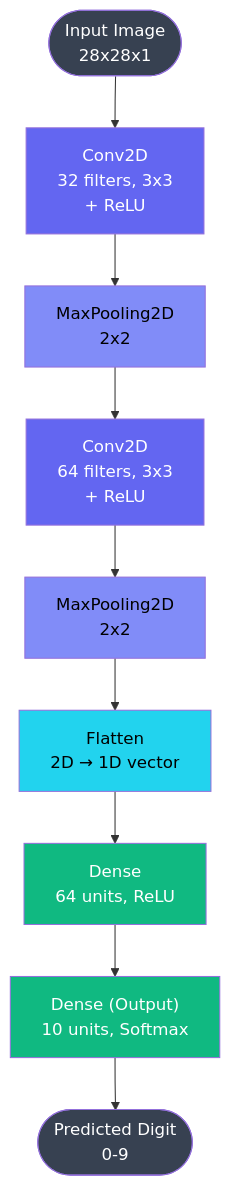
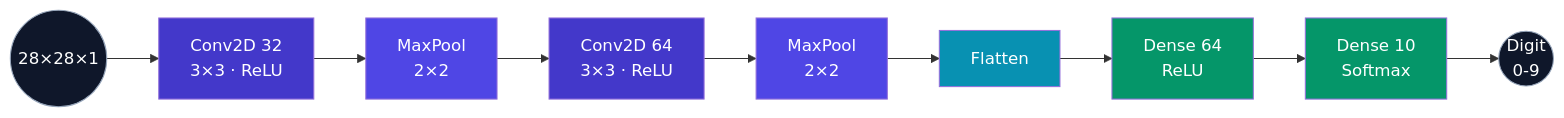
Before and after one commit to iamkrishna27/CodeAlpha_Handwritten_Character_Recognition: the second of 2 diagrams in README.md, drawn with Mermaid. The commit also changed other lines of this file, not shown here.

Commit message:
Update project workflow and model diagrams in README

````diff
--- a/README.md
+++ b/README.md
@@ -59,21 +73,21 @@
 ```mermaid
-flowchart TD
-    Input(["Input Image<br/>28x28x1"]) --> Conv1["Conv2D<br/>32 filters, 3x3<br/>+ ReLU"]
-    Conv1 --> Pool1["MaxPooling2D<br/>2x2"]
-    Pool1 --> Conv2["Conv2D<br/>64 filters, 3x3<br/>+ ReLU"]
-    Conv2 --> Pool2["MaxPooling2D<br/>2x2"]
-    Pool2 --> Flat["Flatten<br/>2D → 1D vector"]
-    Flat --> Dense1["Dense<br/>64 units, ReLU"]
-    Dense1 --> Dense2["Dense (Output)<br/>10 units, Softmax"]
-    Dense2 --> Output(["Predicted Digit<br/>0-9"])
+graph LR
+    I(("28×28×1")) --> C1["Conv2D 32<br/>3×3 · ReLU"]
+    C1 --> P1["MaxPool<br/>2×2"]
+    P1 --> C2["Conv2D 64<br/>3×3 · ReLU"]
+    C2 --> P2["MaxPool<br/>2×2"]
+    P2 --> F["Flatten"]
+    F --> D1["Dense 64<br/>ReLU"]
+    D1 --> D2["Dense 10<br/>Softmax"]
+    D2 --> O(("Digit<br/>0-9"))
 
-    style Input fill:#374151,color:#fff
-    style Conv1 fill:#6366F1,color:#fff
-    style Pool1 fill:#818CF8,color:#000
-    style Conv2 fill:#6366F1,color:#fff
-    style Pool2 fill:#818CF8,color:#000
-    style Flat fill:#22D3EE,color:#000
-    style Dense1 fill:#10B981,color:#fff
-    style Dense2 fill:#10B981,color:#fff
-    style Output fill:#374151,color:#fff
+    style I fill:#0F172A,stroke:#94A3B8,color:#fff
+    style C1 fill:#4338CA,color:#fff
+    style P1 fill:#4F46E5,color:#fff
+    style C2 fill:#4338CA,color:#fff
+    style P2 fill:#4F46E5,color:#fff
+    style F fill:#0891B2,color:#fff
+    style D1 fill:#059669,color:#fff
+    style D2 fill:#059669,color:#fff
+    style O fill:#0F172A,stroke:#94A3B8,color:#fff
 ```
````
